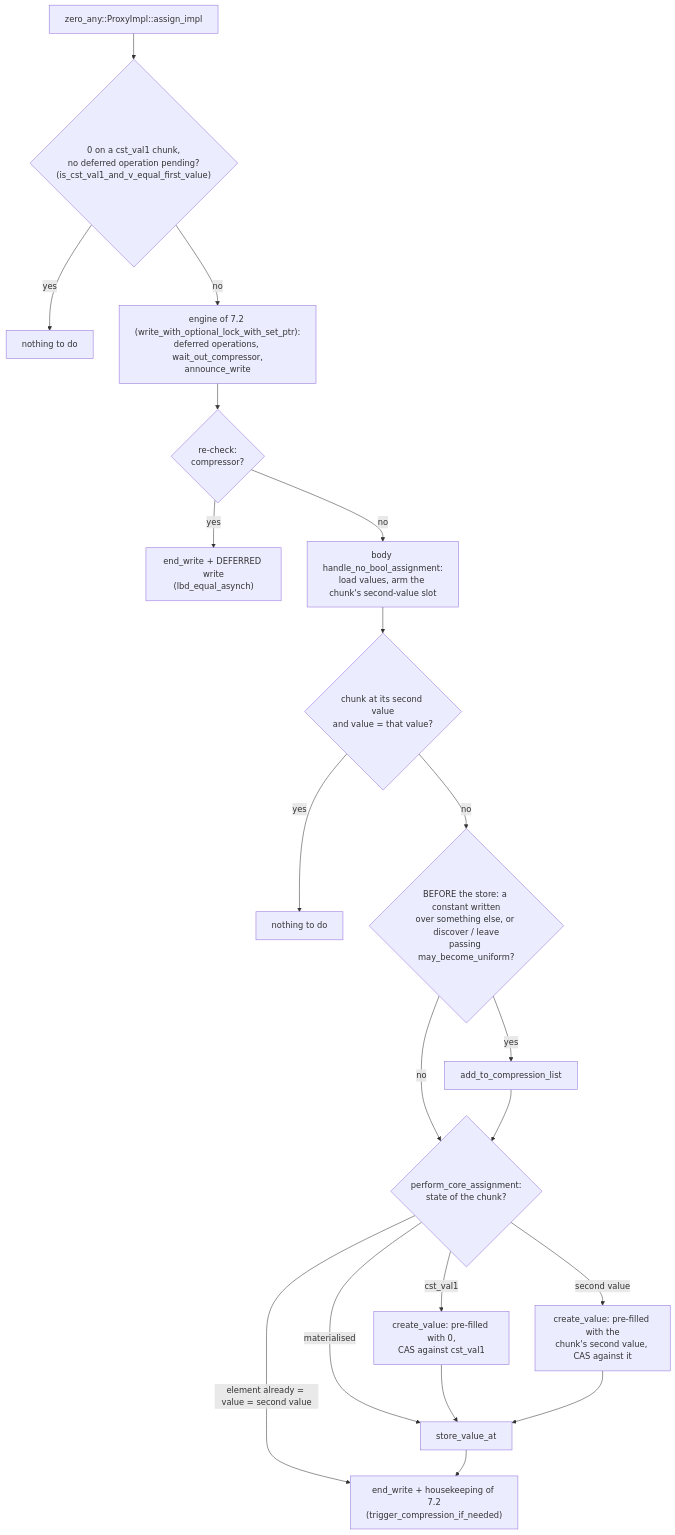
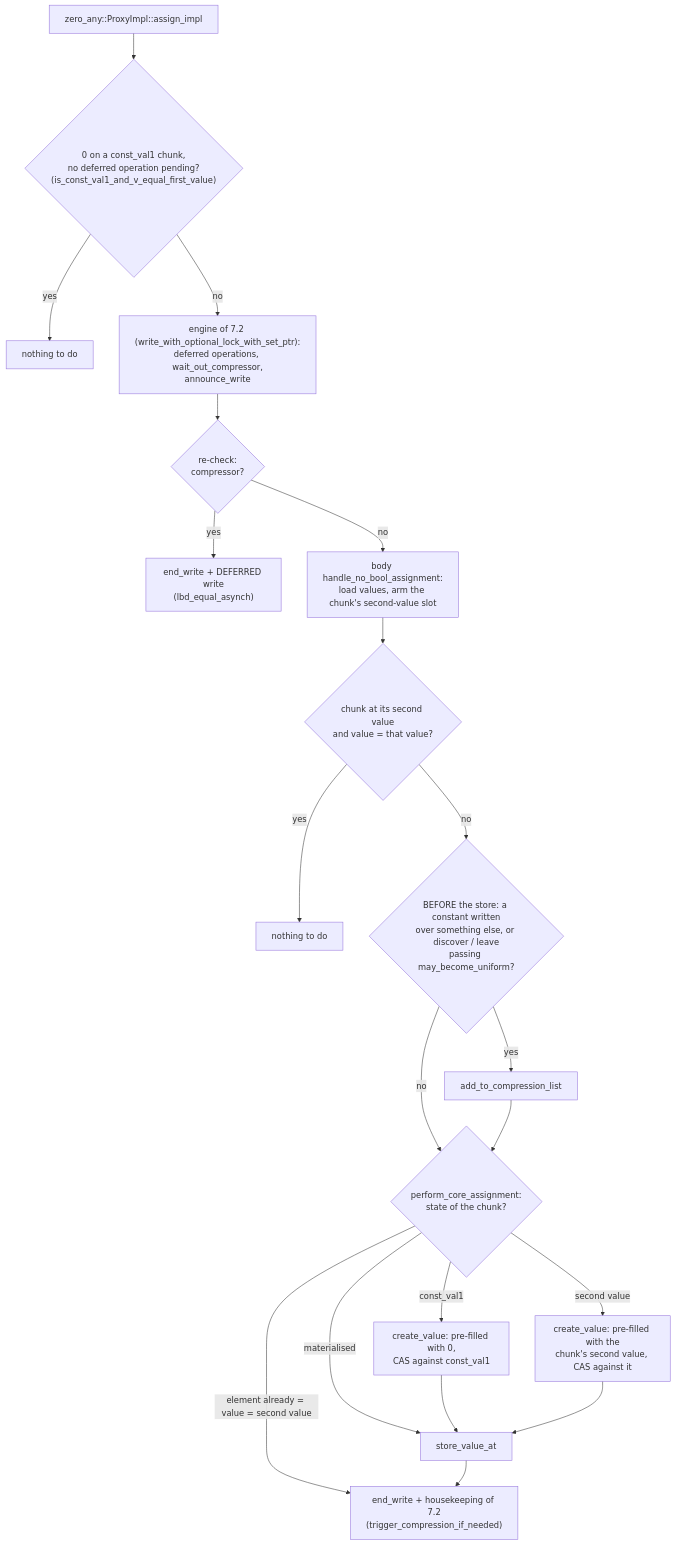
One commit to cea-hpc/shrink-array changed the second of 2 diagrams in docs/algo_zero_any.md. Above: the diagram before and after it, drawn with Mermaid. The commit also changed other lines of this file and 108 other files, not shown here.

First line of the commit message:
French names in English (4/4): cst (constante) is const

````diff
--- a/docs/algo_zero_any.md
+++ b/docs/algo_zero_any.md
@@ -185,22 +185,22 @@
 ```mermaid
 flowchart TD
-    A["zero_any::ProxyImpl::assign_impl"] --> B{"0 on a cst_val1 chunk,<br/>no deferred operation pending?<br/>(is_cst_val1_and_v_equal_first_value)"}
+    A["zero_any::ProxyImpl::assign_impl"] --> B{"0 on a const_val1 chunk,<br/>no deferred operation pending?<br/>(is_const_val1_and_v_equal_first_value)"}
     B -->|yes| B1["nothing to do"]
     B -->|no| C["engine of 7.2 (write_with_optional_lock_with_set_ptr):<br/>deferred operations, wait_out_compressor,<br/>announce_write"]
     C --> D{"re-check:<br/>compressor?"}
     D -->|yes| D1["end_write + DEFERRED write<br/>(lbd_equal_asynch)"]
     D -->|no| E["body handle_no_bool_assignment:<br/>load values, arm the chunk's second-value slot"]
     E --> F{"chunk at its second value<br/>and value = that value?"}
     F -->|yes| F1["nothing to do"]
     F -->|no| G{"BEFORE the store: a constant written<br/>over something else, or discover / leave<br/>passing may_become_uniform?"}
     G -->|yes| G1["add_to_compression_list"]
     G -->|no| H
     G1 --> H{"perform_core_assignment:<br/>state of the chunk?"}
     H -->|"element already = value = second value"| K
-    H -->|"cst_val1"| H1["create_value: pre-filled with 0,<br/>CAS against cst_val1"]
+    H -->|"const_val1"| H1["create_value: pre-filled with 0,<br/>CAS against const_val1"]
     H -->|"second value"| H2["create_value: pre-filled with the<br/>chunk's second value, CAS against it"]
     H -->|"materialised"| I
     H1 --> I["store_value_at"]
     H2 --> I
     I --> K["end_write + housekeeping of 7.2<br/>(trigger_compression_if_needed)"]
 ```
````
